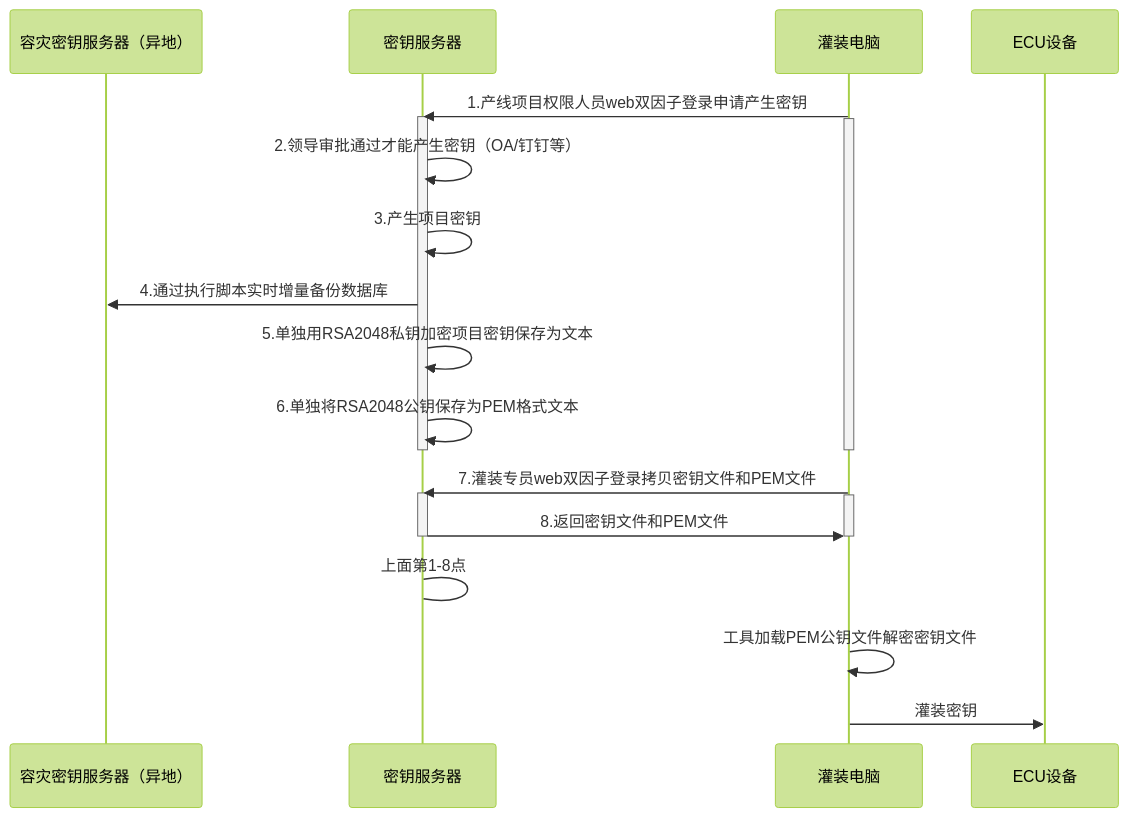
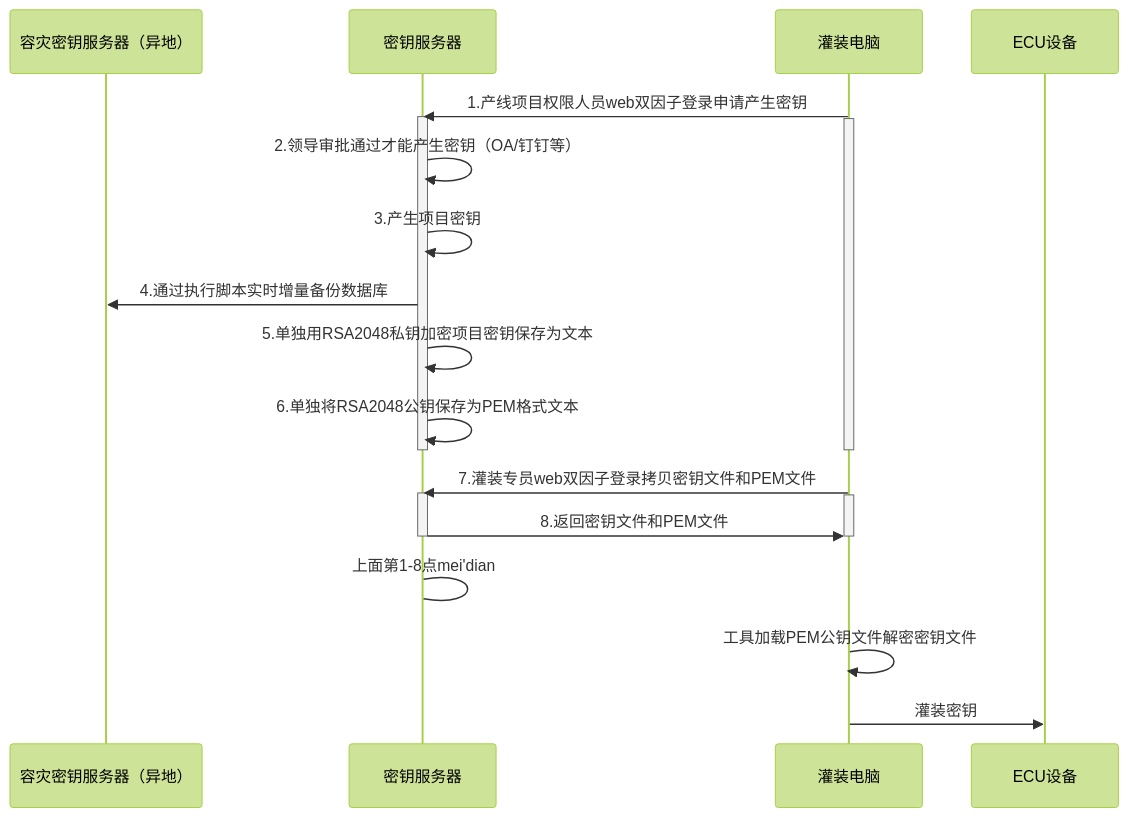
One commit to facebook-cloud/iodraw-files changed the diagram in all/未命名-15.md. Above: the diagram before and after it, drawn with Mermaid (forest theme).

Commit message:
2026-02-11 19:54:46 update

````diff
--- a/all/未命名-15.md
+++ b/all/未命名-15.md
@@ -1,32 +1,32 @@
 ```mermaid
 sequenceDiagram
     participant A as 容灾密钥服务器（异地）
     participant B as 密钥服务器
     participant D as 灌装电脑
     participant E as ECU设备
 
     
     D->>B: 1.产线项目权限人员web双因子登录申请产生密钥
     activate B
     activate D
     B->>B: 2.领导审批通过才能产生密钥（OA/钉钉等）
     B->>B: 3.产生项目密钥
     B->>A: 4.通过执行脚本实时增量备份数据库
     B->>B: 5.单独用RSA2048私钥加密项目密钥保存为文本
     B->>B: 6.单独将RSA2048公钥保存为PEM格式文本
     deactivate B
     deactivate D
 
     
     D->>B: 7.灌装专员web双因子登录拷贝密钥文件和PEM文件
     activate B
     activate D
     B->>D: 8.返回密钥文件和PEM文件
     deactivate B
     deactivate D
-    B->B: 上面第1-8点
+    B->B: 上面第1-8点mei'dian
 
     D->>D:工具加载PEM公钥文件解密密钥文件
     
     D->>E: 灌装密钥
 ```
````
